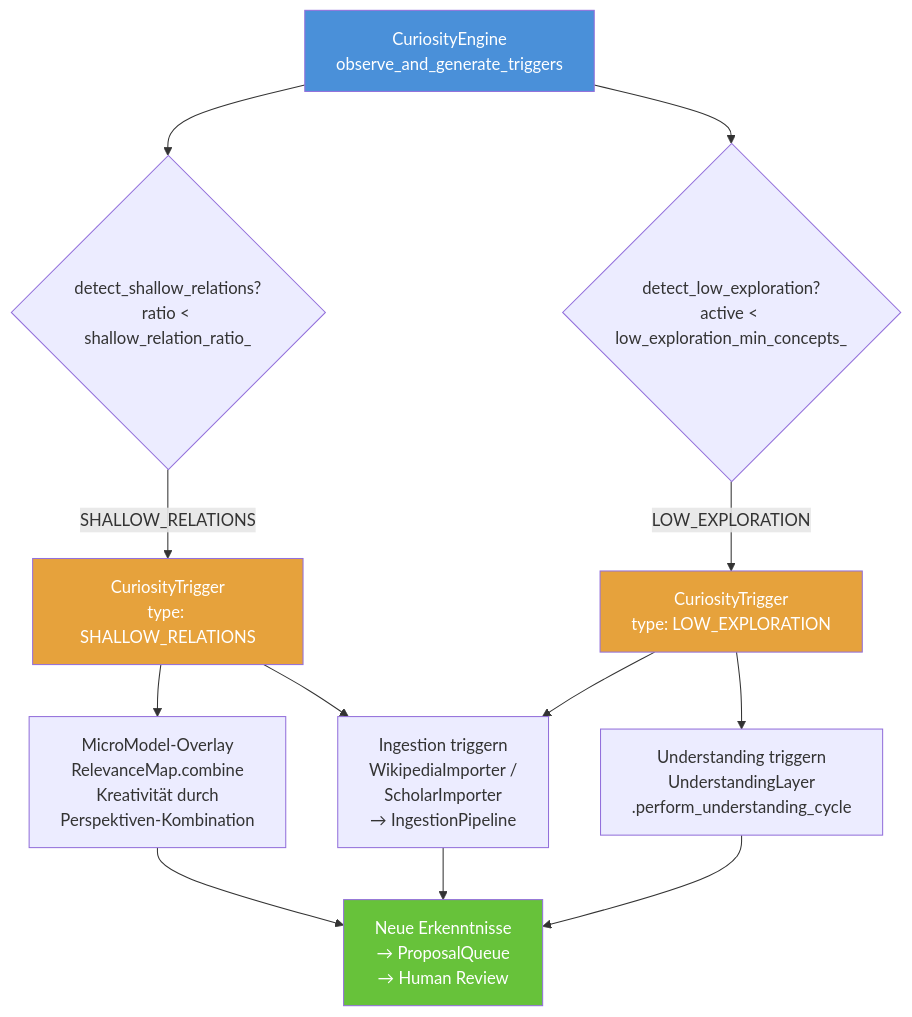
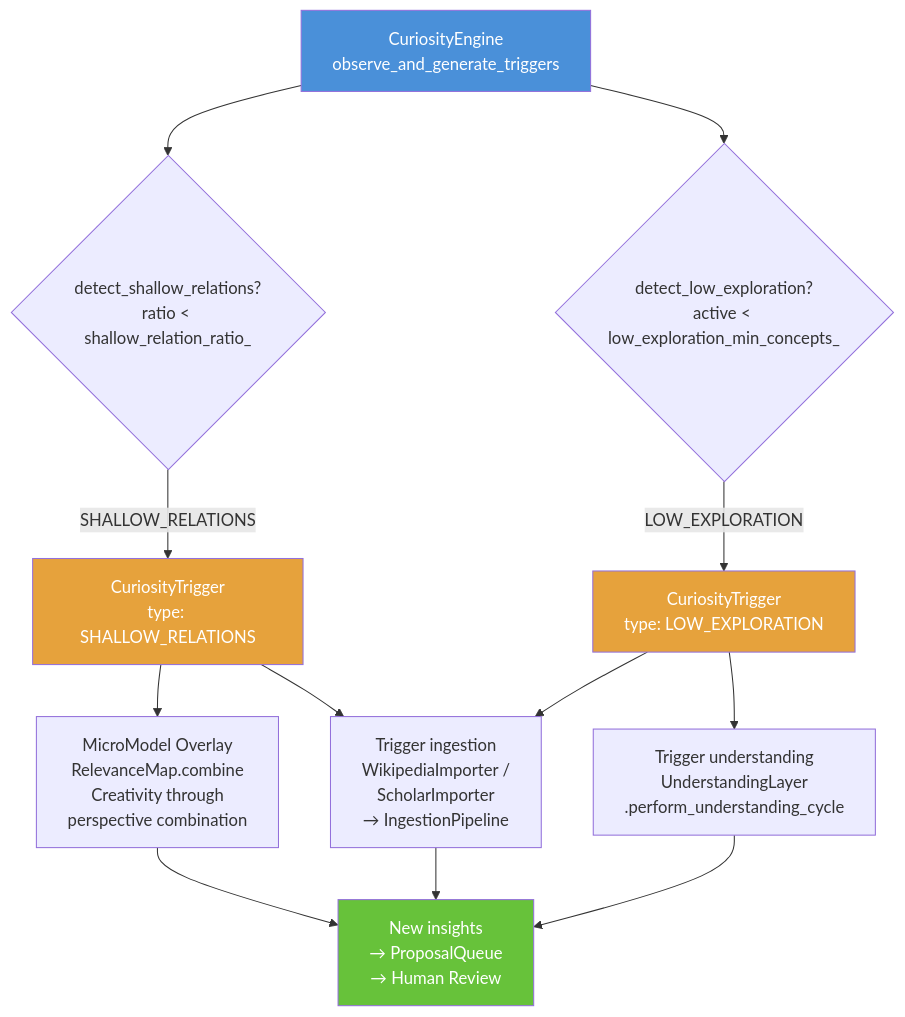
The tenth of 17 diagrams in docs/ARCHITECTURE_DIAGRAMS.md (LtnNoob/Brain), drawn with Mermaid before and after one commit. The commit also changed other lines of this file and 121 other files, not shown here.

First line of the commit message:
feat: Graph Architecture Refactor - Integration Plan implementation

````diff
--- a/docs/ARCHITECTURE_DIAGRAMS.md
+++ b/docs/ARCHITECTURE_DIAGRAMS.md
@@ -240,25 +717,25 @@
 ```mermaid
 flowchart TD
     CE[CuriosityEngine<br/>observe_and_generate_triggers]
 
     CE --> D1{detect_shallow_relations?<br/>ratio < shallow_relation_ratio_}
     CE --> D2{detect_low_exploration?<br/>active < low_exploration_min_concepts_}
 
     D1 -->|SHALLOW_RELATIONS| T1[CuriosityTrigger<br/>type: SHALLOW_RELATIONS]
     D2 -->|LOW_EXPLORATION| T2[CuriosityTrigger<br/>type: LOW_EXPLORATION]
 
-    T1 --> A1[MicroModel-Overlay<br/>RelevanceMap.combine<br/>Kreativität durch<br/>Perspektiven-Kombination]
-    T1 --> A2[Ingestion triggern<br/>WikipediaImporter /<br/>ScholarImporter<br/>→ IngestionPipeline]
+    T1 --> A1[MicroModel Overlay<br/>RelevanceMap.combine<br/>Creativity through<br/>perspective combination]
+    T1 --> A2[Trigger ingestion<br/>WikipediaImporter /<br/>ScholarImporter<br/>→ IngestionPipeline]
 
-    T2 --> A3[Understanding triggern<br/>UnderstandingLayer<br/>.perform_understanding_cycle]
+    T2 --> A3[Trigger understanding<br/>UnderstandingLayer<br/>.perform_understanding_cycle]
     T2 --> A2
 
-    A1 --> R[Neue Erkenntnisse<br/>→ ProposalQueue<br/>→ Human Review]
+    A1 --> R[New insights<br/>→ ProposalQueue<br/>→ Human Review]
     A2 --> R
     A3 --> R
 
     style CE fill:#4a90d9,color:#fff
     style T1 fill:#e6a23c,color:#fff
     style T2 fill:#e6a23c,color:#fff
     style R fill:#67c23a,color:#fff
 ```
````
